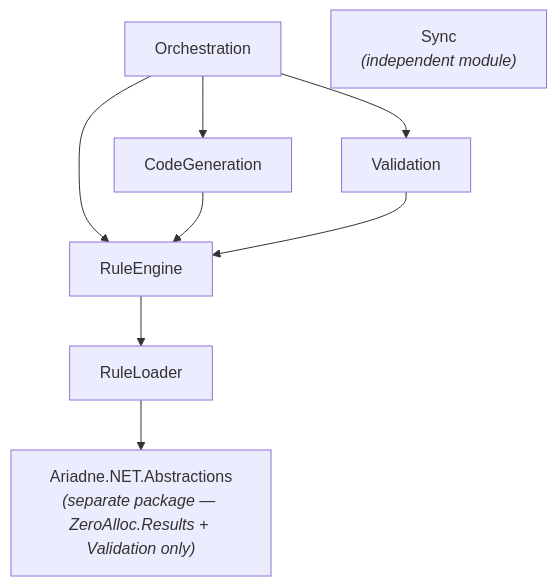
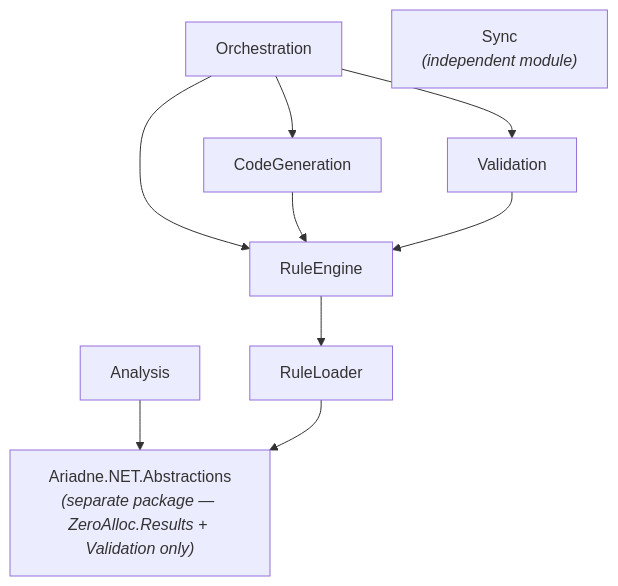
One commit to MarcelRoozekrans/Ariadne.NET changed the fourth of 4 diagrams in docs-site/docs/how-it-works/02-architecture.md. Above: the diagram before and after it, drawn with Mermaid. The commit also changed other lines of this file and 11 other files, not shown here.

````diff
--- a/docs-site/docs/how-it-works/02-architecture.md
+++ b/docs-site/docs/how-it-works/02-architecture.md
@@ -69,11 +75,12 @@
 ```mermaid
 graph TD
     Orchestration --> CodeGeneration
     Orchestration --> Validation
+    Analysis --> Abstractions
     Orchestration --> RuleEngine
     CodeGeneration --> RuleEngine
     Validation --> RuleEngine
     RuleEngine --> RuleLoader
     RuleLoader --> Abstractions["Ariadne.NET.Abstractions<br/><i>(separate package — ZeroAlloc.Results + Validation only)</i>"]
     Sync["Sync<br/><i>(independent module)</i>"]
 ```
````
